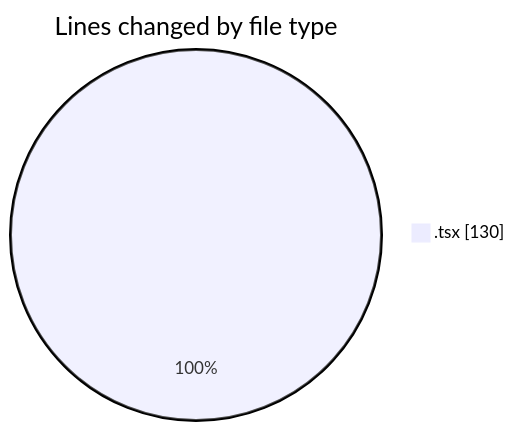
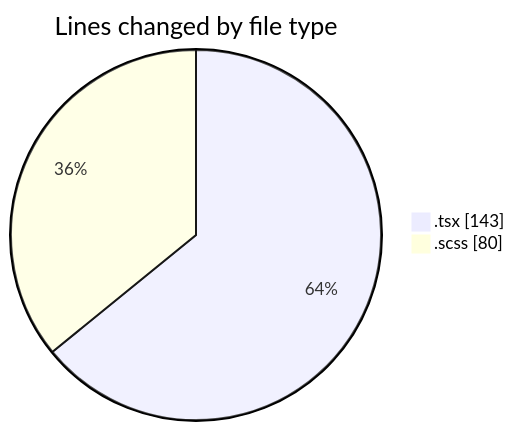
Before and after one commit to momahboobian/code-tracking: the first of 2 diagrams in 2025-05-06/cda/README.md, drawn with Mermaid. The commit also changed other lines of this file and 1 other file, not shown here.

````diff
--- a/2025-05-06/cda/README.md
+++ b/2025-05-06/cda/README.md
@@ -21,5 +22,6 @@
 ```mermaid
 pie showData
 title Lines changed by file type
-".tsx" : 130
+".tsx" : 143
+".scss" : 80
 ```
````
